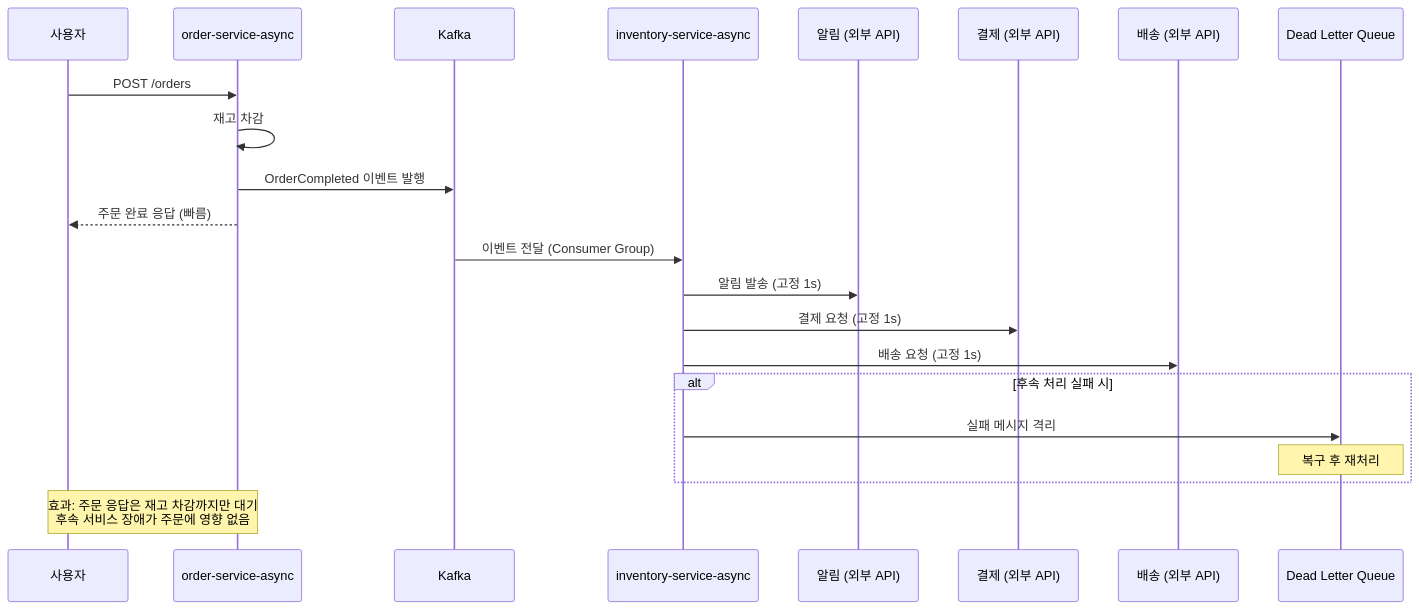
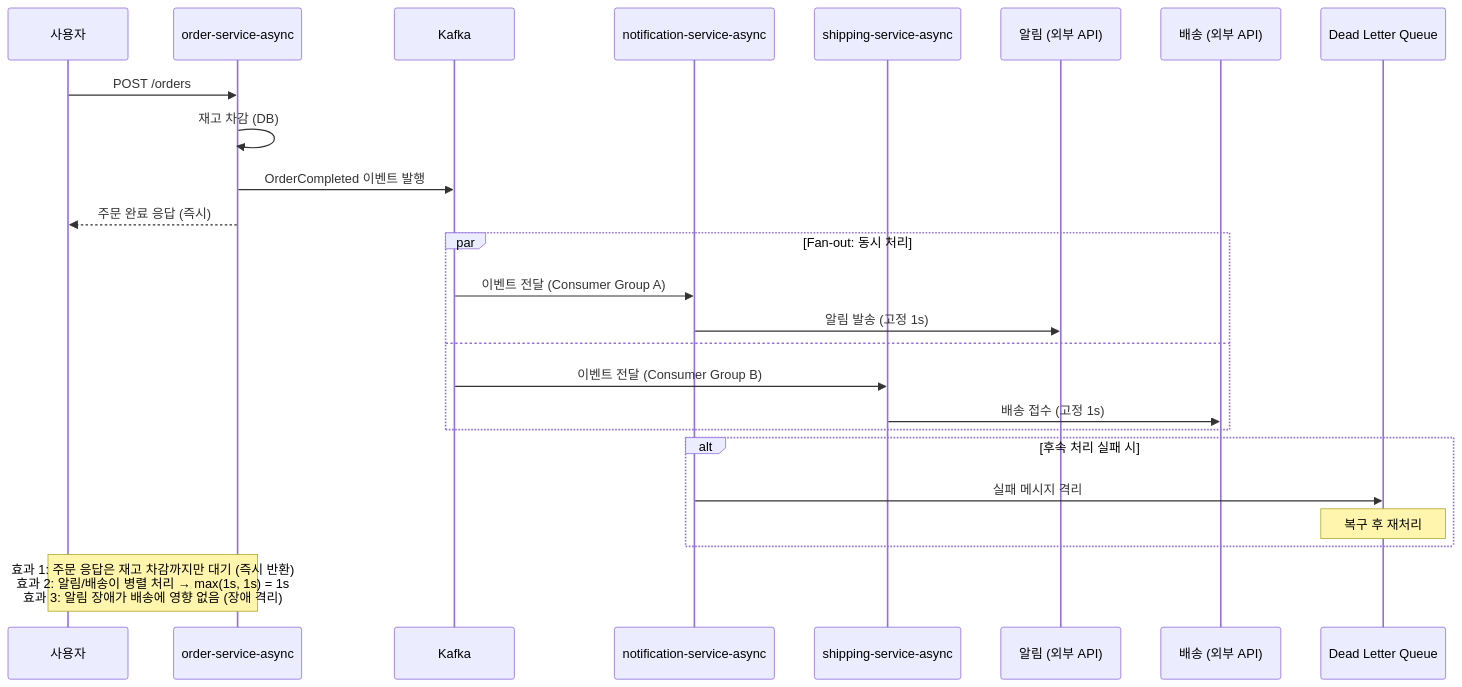
Before and after one commit to JuJin1324/eda-poc: the third of 5 diagrams in docs/how-diagram.md, drawn with Mermaid. The commit also changed other lines of this file, not shown here.

First line of the commit message:
refactor: redesign async flow as fan-out pattern

````diff
--- a/docs/how-diagram.md
+++ b/docs/how-diagram.md
@@ -79,28 +79,31 @@
 ```mermaid
 sequenceDiagram
     participant User as 사용자
     participant OA as order-service-async
     participant K as Kafka
-    participant IA as inventory-service-async
+    participant NS as notification-service-async
+    participant SS as shipping-service-async
     participant Noti as 알림 (외부 API)
-    participant Pay as 결제 (외부 API)
     participant Ship as 배송 (외부 API)
     participant DLQ as Dead Letter Queue
 
     User->>OA: POST /orders
-    OA->>OA: 재고 차감
+    OA->>OA: 재고 차감 (DB)
     OA->>K: OrderCompleted 이벤트 발행
-    OA-->>User: 주문 완료 응답 (빠름)
+    OA-->>User: 주문 완료 응답 (즉시)
 
-    K->>IA: 이벤트 전달 (Consumer Group)
-    IA->>Noti: 알림 발송 (고정 1s)
-    IA->>Pay: 결제 요청 (고정 1s)
-    IA->>Ship: 배송 요청 (고정 1s)
+    par Fan-out: 동시 처리
+        K->>NS: 이벤트 전달 (Consumer Group A)
+        NS->>Noti: 알림 발송 (고정 1s)
+    and
+        K->>SS: 이벤트 전달 (Consumer Group B)
+        SS->>Ship: 배송 접수 (고정 1s)
+    end
 
     alt 후속 처리 실패 시
-        IA->>DLQ: 실패 메시지 격리
+        NS->>DLQ: 실패 메시지 격리
         Note over DLQ: 복구 후 재처리
     end
 
-    Note over OA,User: 효과: 주문 응답은 재고 차감까지만 대기<br/>후속 서비스 장애가 주문에 영향 없음
+    Note over OA,User: 효과 1: 주문 응답은 재고 차감까지만 대기 (즉시 반환)<br/>효과 2: 알림/배송이 병렬 처리 → max(1s, 1s) = 1s<br/>효과 3: 알림 장애가 배송에 영향 없음 (장애 격리)
 ```
````
